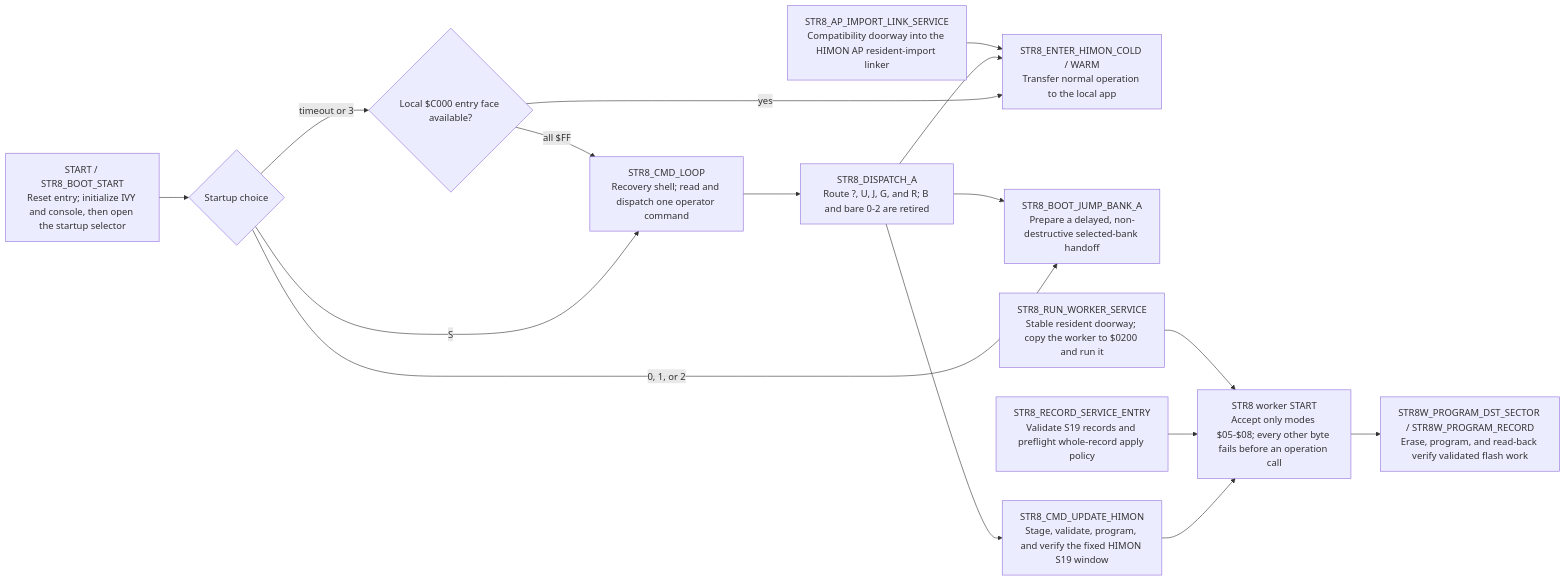
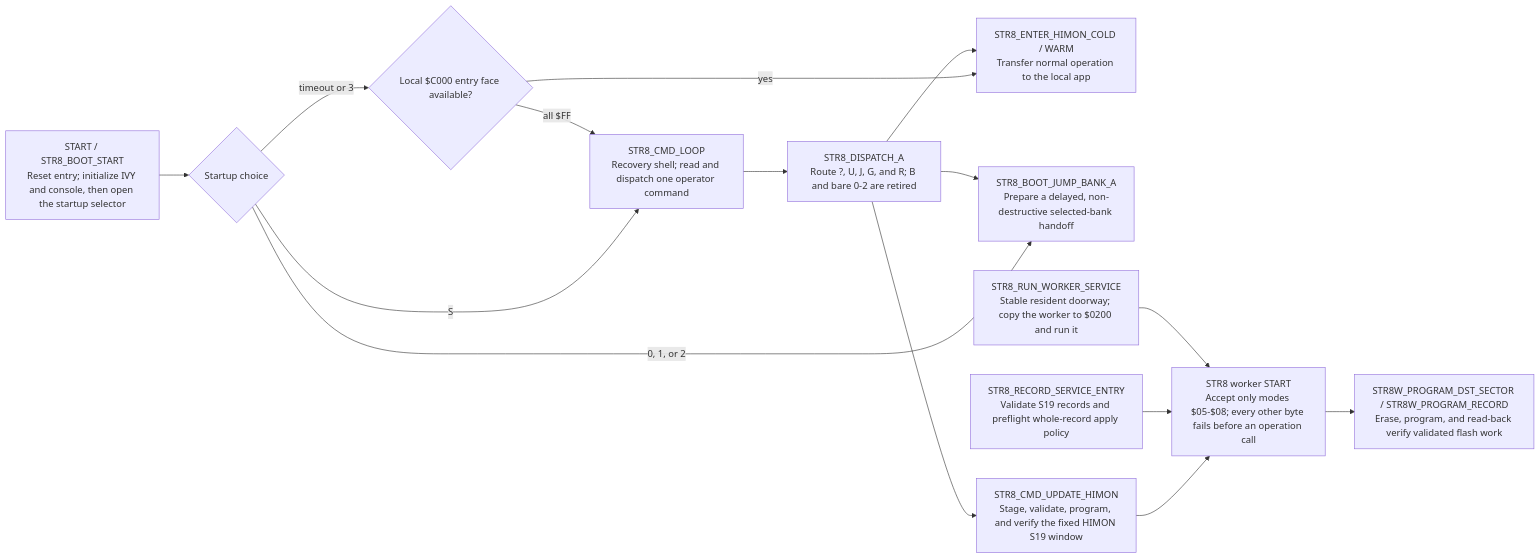
Before and after one commit to 95westus/R-YORS: the first of 6 diagrams in DOC/GUIDES/STR8/STR8.md, drawn with Mermaid. The commit also changed other lines of this file and 33 other files, not shown here.

````diff
--- a/DOC/GUIDES/STR8/STR8.md
+++ b/DOC/GUIDES/STR8/STR8.md
@@ -56,21 +56,20 @@
 ```mermaid
 flowchart LR
     RESET["START / STR8_BOOT_START<br/>Reset entry; initialize IVY and console, then open the startup selector"] --> SELECT{"Startup choice"}
     SELECT -->|S| SHELL["STR8_CMD_LOOP<br/>Recovery shell; read and dispatch one operator command"]
     SELECT -->|timeout or 3| BOOTCHECK{"Local $C000 entry face available?"}
     BOOTCHECK -->|yes| HIMON["STR8_ENTER_HIMON_COLD / WARM<br/>Transfer normal operation to the local app"]
     BOOTCHECK -->|all $FF| SHELL
     SELECT -->|0, 1, or 2| JUMP["STR8_BOOT_JUMP_BANK_A<br/>Prepare a delayed, non-destructive selected-bank handoff"]
 
     SHELL --> DISPATCH["STR8_DISPATCH_A<br/>Route ?, U, J, G, and R; B and bare 0-2 are retired"]
     DISPATCH --> UPDATE["STR8_CMD_UPDATE_HIMON<br/>Stage, validate, program, and verify the fixed HIMON S19 window"]
     DISPATCH --> JUMP
     DISPATCH --> HIMON
 
     UPDATE --> WORKER["STR8 worker START<br/>Accept only modes $05-$08; every other byte fails before an operation call"]
     WORKER --> FLASH["STR8W_PROGRAM_DST_SECTOR / STR8W_PROGRAM_RECORD<br/>Erase, program, and read-back verify validated flash work"]
 
     RECORD["STR8_RECORD_SERVICE_ENTRY<br/>Validate S19 records and preflight whole-record apply policy"] --> WORKER
     SERVICE["STR8_RUN_WORKER_SERVICE<br/>Stable resident doorway; copy the worker to $0200 and run it"] --> WORKER
-    APLINK["STR8_AP_IMPORT_LINK_SERVICE<br/>Compatibility doorway into the HIMON AP resident-import linker"] --> HIMON
 ```
````
